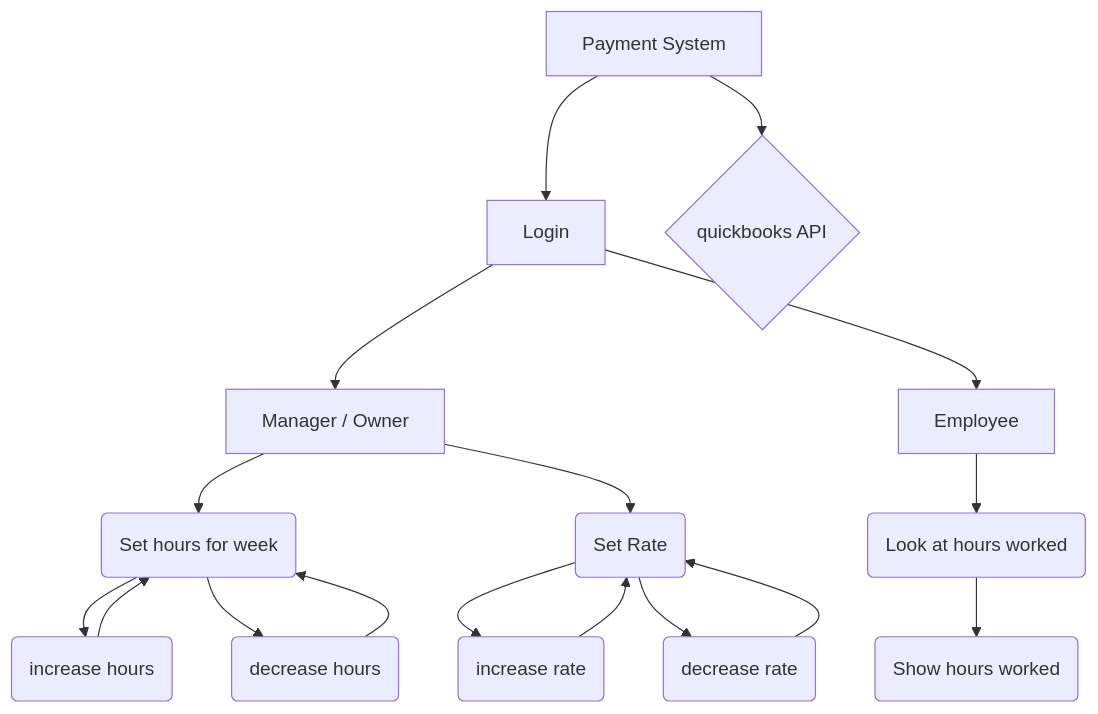
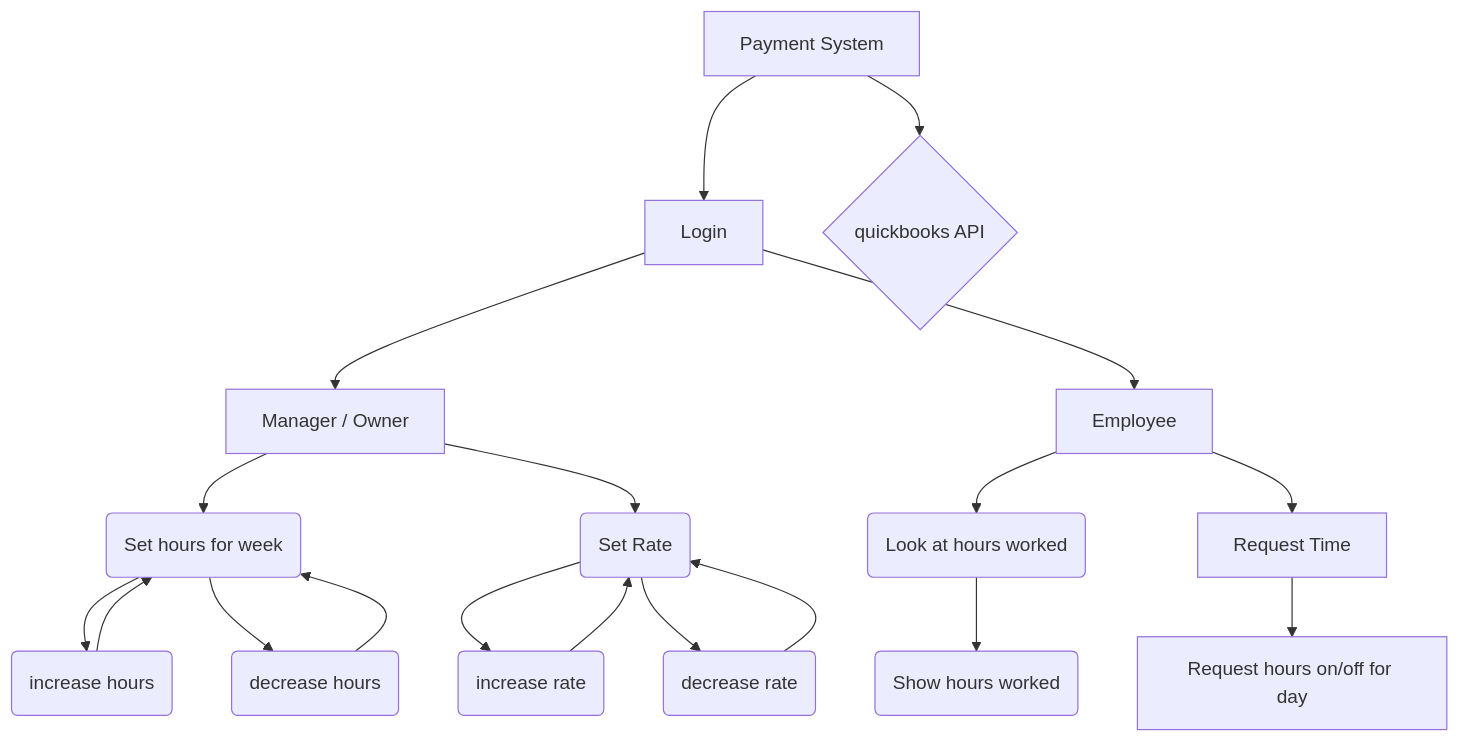
Before and after one commit to KeeganKnapp/CapstoneProject: the first of 4 diagrams in README.md, drawn with Mermaid.

Commit message:
Update README.md
Added request hours on/off for a day

````diff
--- a/README.md
+++ b/README.md
@@ -7,16 +7,19 @@
 ```mermaid
 flowchart TD
     A[Payment System] --> L[Login]
     A --> Q{quickbooks API}
     M --> C(Set hours for week)
     C --> i(increase hours) --> C
     C--> F(decrease hours) --> C
     E --> D(Look at hours worked)
     B --> G(increase rate) --> B
     B --> H(decrease rate) -->B
     M --> B(Set Rate)
     D --> f(Show hours worked)
 
     L --> M[Manager / Owner]
     L --> E[Employee]
+
+    E --> R[Request Time]
+    R --> Z[Request hours on/off for day]
 ```
````
